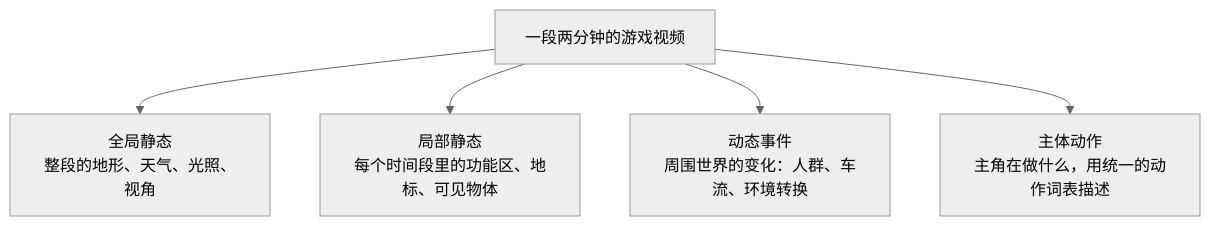
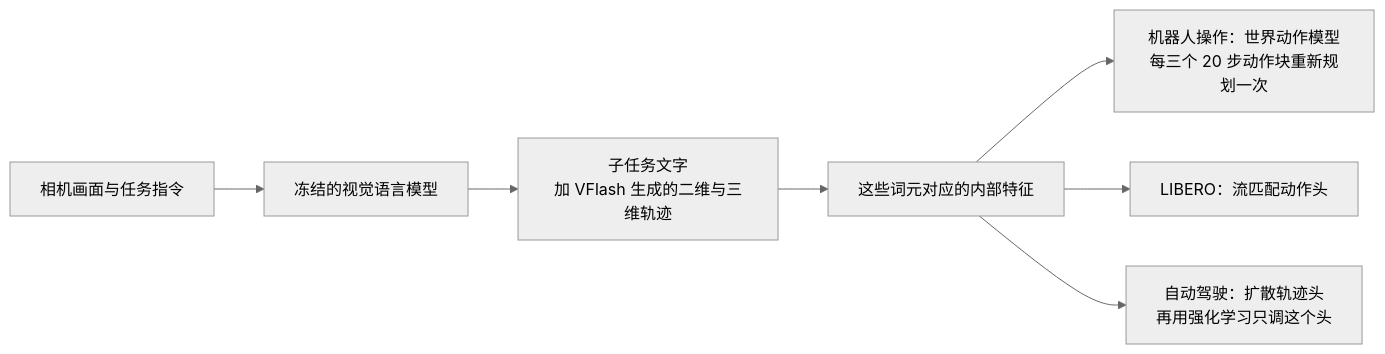
Before and after one commit to yingwang/paper-reads: the third of 3 diagrams in docs/index.md, drawn with Mermaid (neutral theme). The commit also changed other lines of this file and 2 other files, not shown here.

First line of the commit message:
Add 2026-11-06-vflash-flash-primitive-decoding-visual-planning

````diff
--- a/docs/index.md
+++ b/docs/index.md
@@ -110,7 +156,9 @@
 ```mermaid
-flowchart TD
-    V["一段两分钟的游戏视频"] --> G1["全局静态<br/>整段的地形、天气、光照、视角"]
-    V --> G2["局部静态<br/>每个时间段里的功能区、地标、可见物体"]
-    V --> G3["动态事件<br/>周围世界的变化：人群、车流、环境转换"]
-    V --> G4["主体动作<br/>主角在做什么，用统一的动作词表描述"]
+flowchart LR
+    I["相机画面与任务指令"] --> V["冻结的视觉语言模型"]
+    V --> P["子任务文字<br/>加 VFlash 生成的二维与三维轨迹"]
+    P --> H["这些词元对应的内部特征"]
+    H --> A1["机器人操作：世界动作模型<br/>每三个 20 步动作块重新规划一次"]
+    H --> A2["LIBERO：流匹配动作头"]
+    H --> A3["自动驾驶：扩散轨迹头<br/>再用强化学习只调这个头"]
 ```
````
